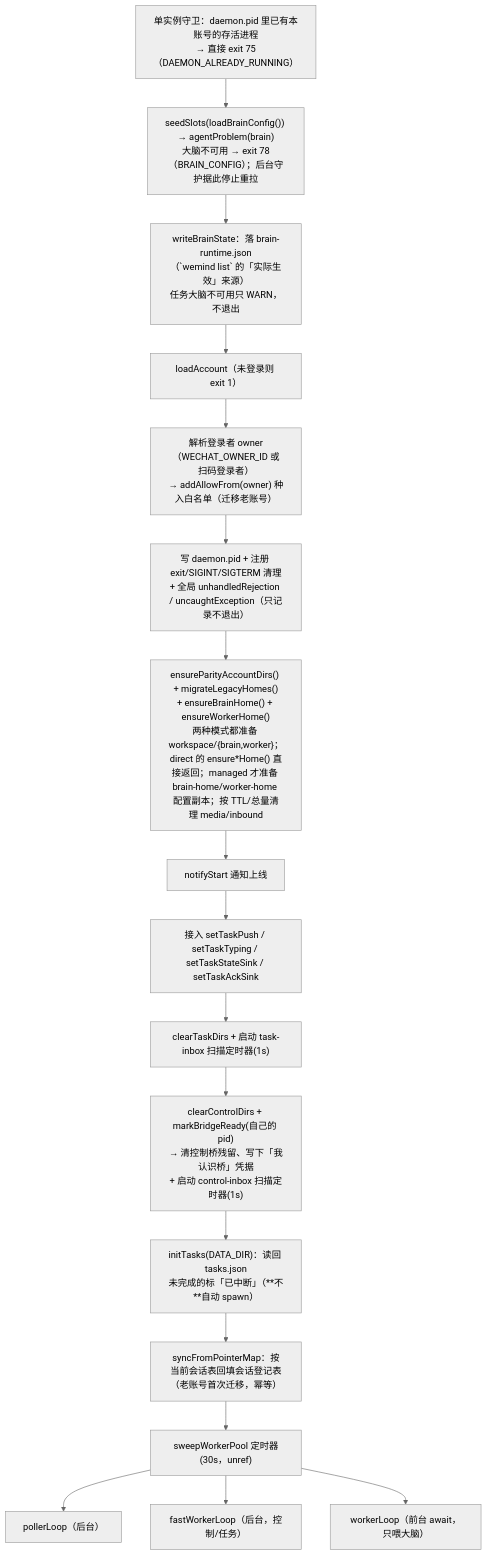
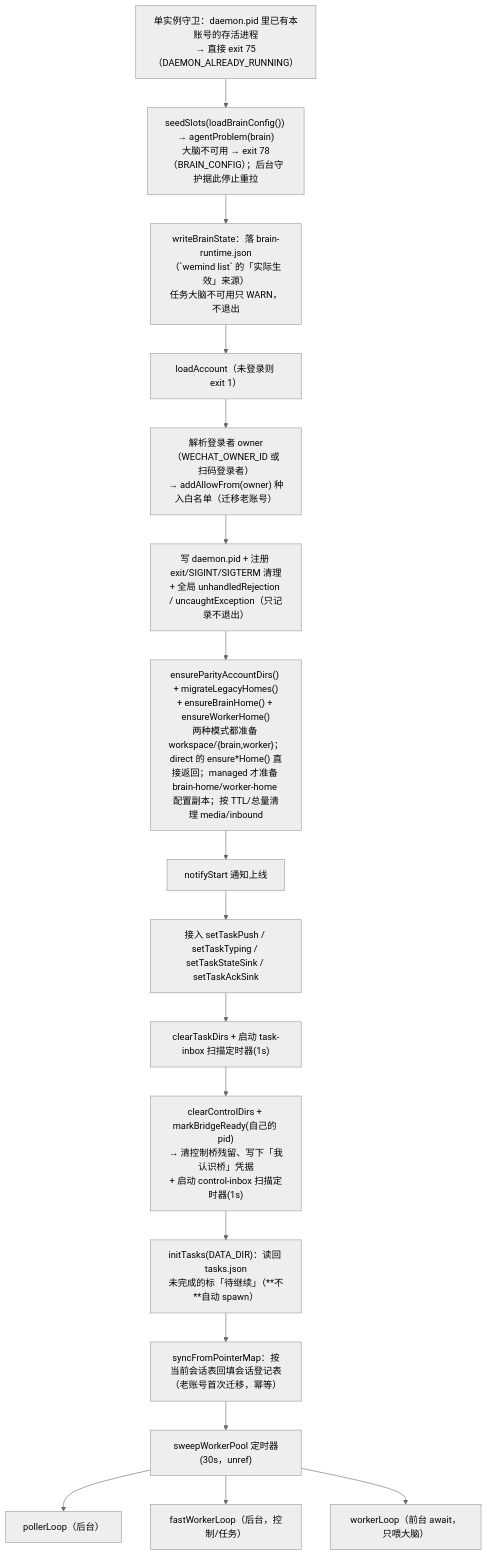
One commit to imwangpan/WeMind changed the first of 4 diagrams in docs/repowiki/05-daemon.md. Above: the diagram before and after it, drawn with Mermaid (neutral theme). The commit also changed 24 other files, not shown here.

Commit message:
feat(task-list): 状态「已中断」改「待继续」，任务列表每条间留空行并附状态说明

````diff
--- a/docs/repowiki/05-daemon.md
+++ b/docs/repowiki/05-daemon.md
@@ -115,20 +115,20 @@
 ```mermaid
 graph TD
     A["单实例守卫：daemon.pid 里已有本账号的存活进程<br/>→ 直接 exit 75（DAEMON_ALREADY_RUNNING）"]
     A --> B["seedSlots(loadBrainConfig()) → agentProblem(brain)<br/>大脑不可用 → exit 78（BRAIN_CONFIG）；后台守护据此停止重拉"]
     B --> B2["writeBrainState：落 brain-runtime.json<br/>（`wemind list` 的「实际生效」来源）<br/>任务大脑不可用只 WARN，不退出"]
     B2 --> C["loadAccount（未登录则 exit 1）"]
     C --> D["解析登录者 owner（WECHAT_OWNER_ID 或扫码登录者）<br/>→ addAllowFrom(owner) 种入白名单（迁移老账号）"]
     D --> E["写 daemon.pid + 注册 exit/SIGINT/SIGTERM 清理<br/>+ 全局 unhandledRejection / uncaughtException（只记录不退出）"]
     E --> F["ensureParityAccountDirs() + migrateLegacyHomes()<br/>+ ensureBrainHome() + ensureWorkerHome()<br/>两种模式都准备 workspace/{brain,worker}；direct 的 ensure*Home() 直接返回；managed 才准备 brain-home/worker-home 配置副本；按 TTL/总量清理 media/inbound"]
     F --> G["notifyStart 通知上线"]
     G --> H["接入 setTaskPush / setTaskTyping / setTaskStateSink / setTaskAckSink"]
     H --> I["clearTaskDirs + 启动 task-inbox 扫描定时器(1s)"]
     I --> J["clearControlDirs + markBridgeReady(自己的 pid)<br/>→ 清控制桥残留、写下「我认识桥」凭据<br/>+ 启动 control-inbox 扫描定时器(1s)"]
-    J --> K["initTasks(DATA_DIR)：读回 tasks.json<br/>未完成的标「已中断」（**不**自动 spawn）"]
+    J --> K["initTasks(DATA_DIR)：读回 tasks.json<br/>未完成的标「待继续」（**不**自动 spawn）"]
     K --> L["syncFromPointerMap：按当前会话表回填会话登记表<br/>（老账号首次迁移，幂等）"]
     L --> M["sweepWorkerPool 定时器(30s，unref)"]
     M --> N["pollerLoop（后台）"]
     M --> O["fastWorkerLoop（后台，控制/任务）"]
     M --> P["workerLoop（前台 await，只喂大脑）"]
 ```
````
